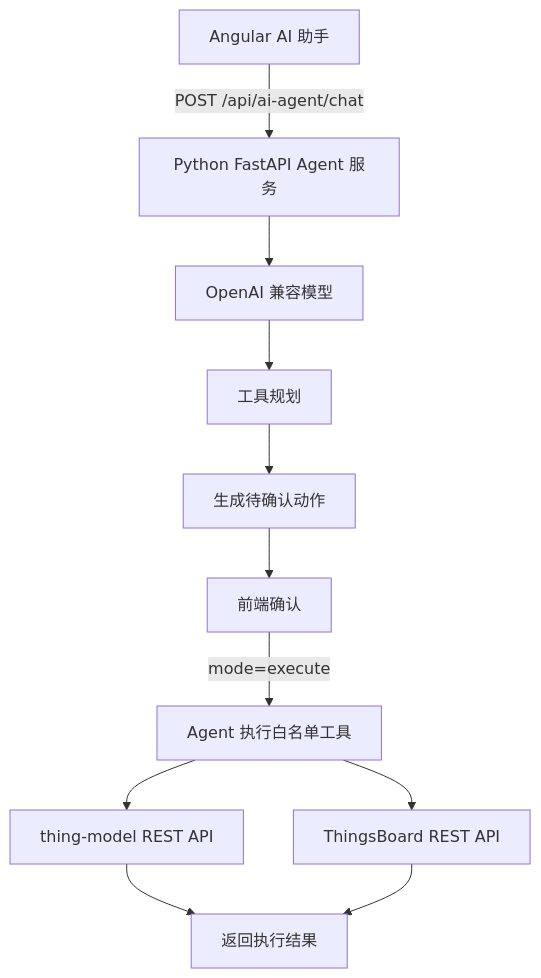
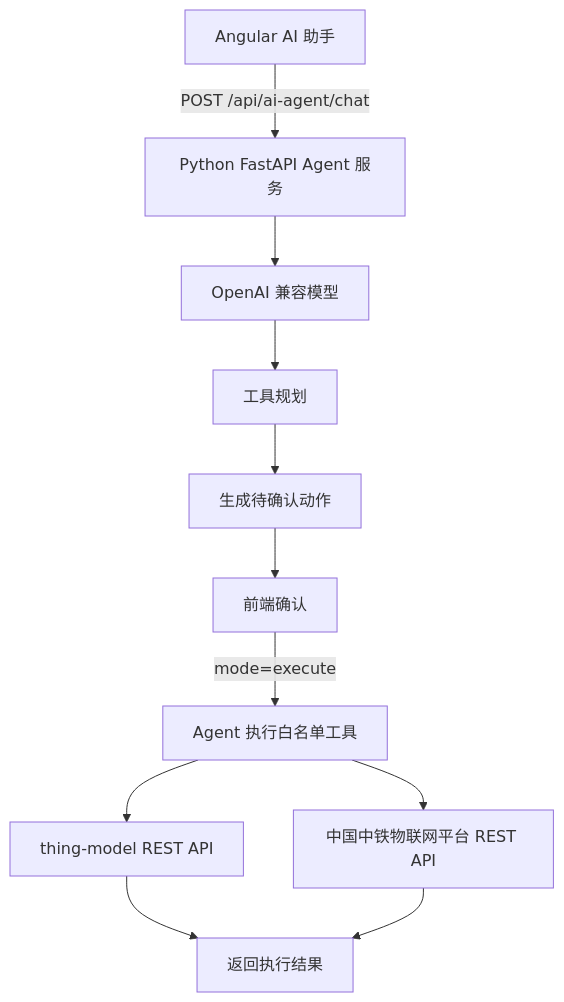
The first of 3 diagrams in docs/11-AI-Agent对话助手方案.md (beancookie/thingsboard), drawn with Mermaid before and after one commit. The commit also changed other lines of this file and 81 other files, not shown here.

````diff
--- a/docs/11-AI-Agent对话助手方案.md
+++ b/docs/11-AI-Agent对话助手方案.md
@@ -26,13 +26,13 @@
 ```mermaid
 flowchart TD
   A["Angular AI 助手"] -->|"POST /api/ai-agent/chat"| B["Python FastAPI Agent 服务"]
   B --> C["OpenAI 兼容模型"]
   C --> D["工具规划"]
   D --> E["生成待确认动作"]
   E --> F["前端确认"]
   F -->|"mode=execute"| G["Agent 执行白名单工具"]
   G --> H["thing-model REST API"]
-  G --> I["ThingsBoard REST API"]
+  G --> I["中国中铁物联网平台 REST API"]
   H --> J["返回执行结果"]
   I --> J
 ```
````
